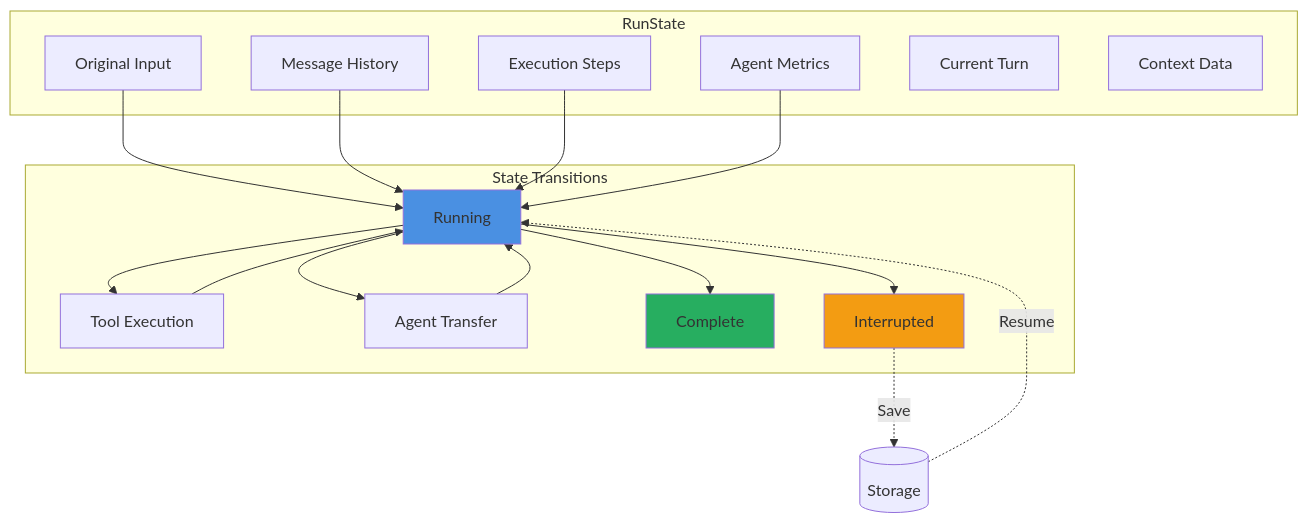
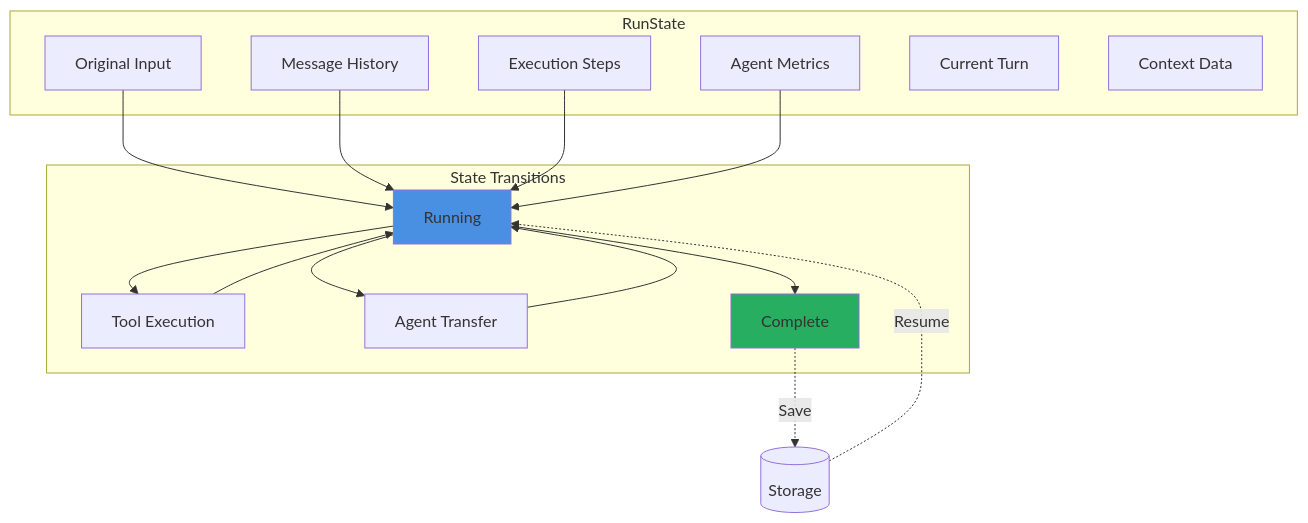
Before and after one commit to tawk/tawk-agents-sdk: the seventh of 10 diagrams in docs/guides/CORE_CONCEPTS.md, drawn with Mermaid. The commit also changed other lines of this file and 20 other files, not shown here.

````diff
--- a/docs/guides/CORE_CONCEPTS.md
+++ b/docs/guides/CORE_CONCEPTS.md
@@ -354,38 +352,35 @@
 ```mermaid
 graph TB
     subgraph "RunState"
         Input[Original Input]
         Messages[Message History]
         Steps[Execution Steps]
         Metrics[Agent Metrics]
         Turn[Current Turn]
         Context[Context Data]
     end
     
     subgraph "State Transitions"
         Running[Running]
         ToolCall[Tool Execution]
         Transfer[Agent Transfer]
         Complete[Complete]
-        Interrupted[Interrupted]
     end
-    
+
     Input --> Running
     Messages --> Running
     Steps --> Running
     Metrics --> Running
-    
+
     Running --> ToolCall
     ToolCall --> Running
     Running --> Transfer
     Transfer --> Running
     Running --> Complete
-    Running --> Interrupted
-    
-    Interrupted -.Save.-> Storage[(Storage)]
+
+    Complete -.Save.-> Storage[(Storage)]
     Storage -.Resume.-> Running
-    
+
     style Running fill:#4a90e2
     style Complete fill:#27ae60
-    style Interrupted fill:#f39c12
 ```
````
